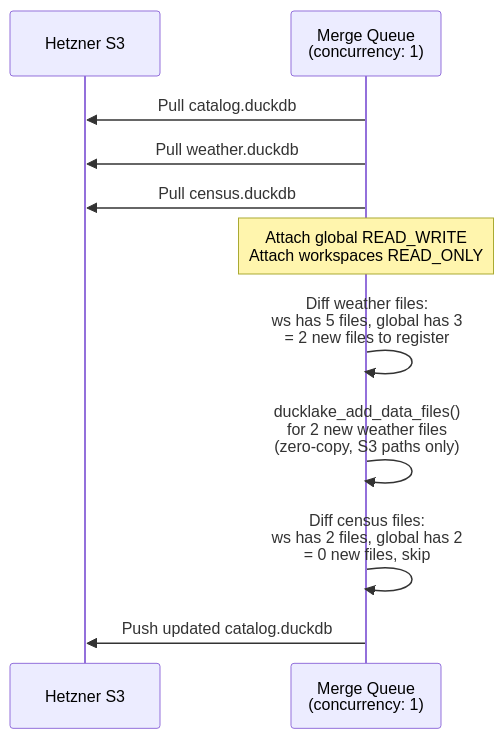
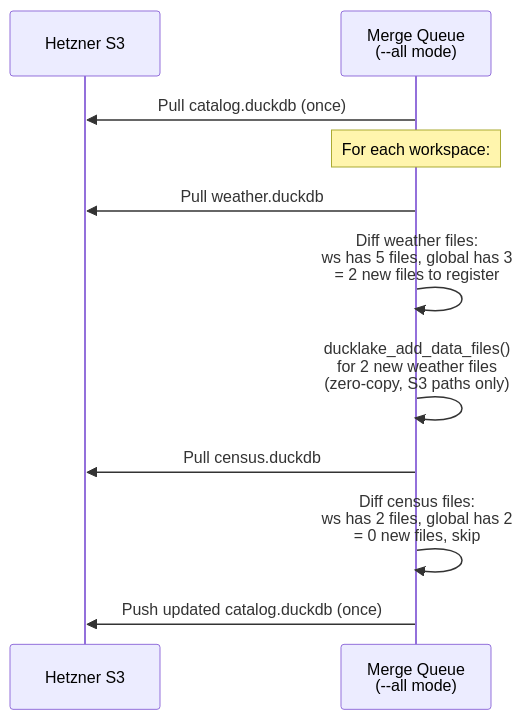
One commit to tabaqatdev/ai-data-registry changed the second of 5 diagrams in research/architecture.md. Above: the diagram before and after it, drawn with Mermaid. The commit also changed other lines of this file and 7 other files, not shown here.

First line of the commit message:
fix: replace per-workspace merge dispatch with batch merge-all mode

````diff
--- a/research/architecture.md
+++ b/research/architecture.md
@@ -88,19 +93,18 @@
 ```mermaid
 sequenceDiagram
     participant S3 as Hetzner S3
-    participant MQ as Merge Queue<br/>(concurrency: 1)
+    participant MQ as Merge Queue<br/>(--all mode)
 
-    MQ->>S3: Pull catalog.duckdb
+    MQ->>S3: Pull catalog.duckdb (once)
+
+    Note over MQ: For each workspace:
+
     MQ->>S3: Pull weather.duckdb
-    MQ->>S3: Pull census.duckdb
-
-    Note over MQ: Attach global READ_WRITE<br/>Attach workspaces READ_ONLY
-
     MQ->>MQ: Diff weather files:<br/>ws has 5 files, global has 3<br/>= 2 new files to register
-
     MQ->>MQ: ducklake_add_data_files()<br/>for 2 new weather files<br/>(zero-copy, S3 paths only)
 
+    MQ->>S3: Pull census.duckdb
     MQ->>MQ: Diff census files:<br/>ws has 2 files, global has 2<br/>= 0 new files, skip
 
-    MQ->>S3: Push updated catalog.duckdb
+    MQ->>S3: Push updated catalog.duckdb (once)
 ```
````
